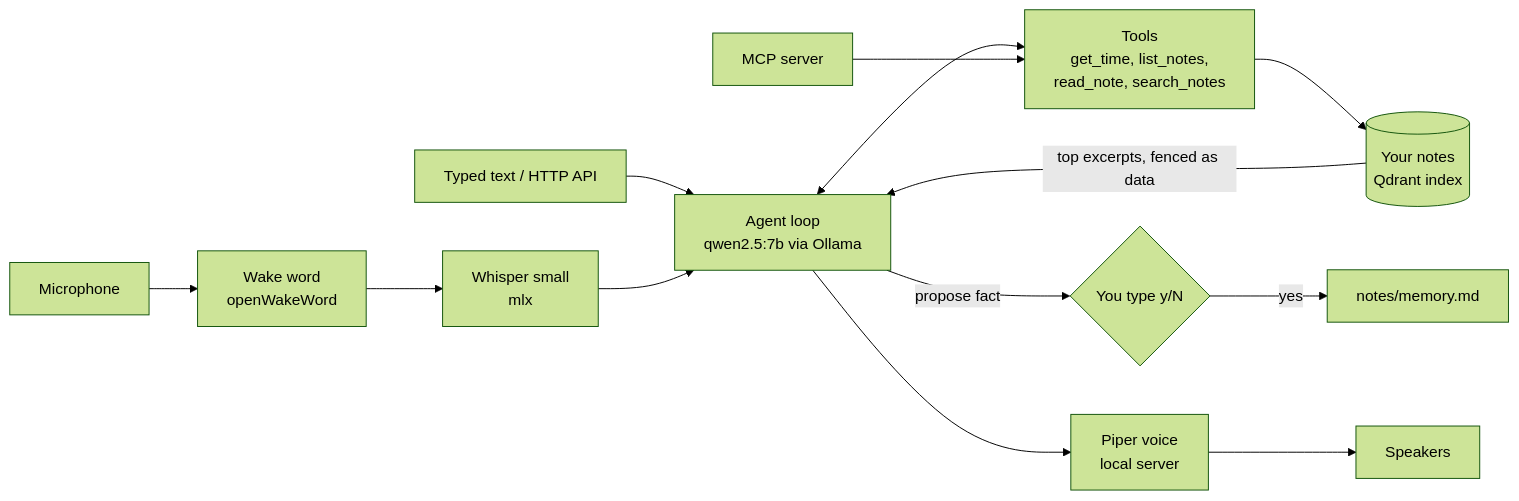
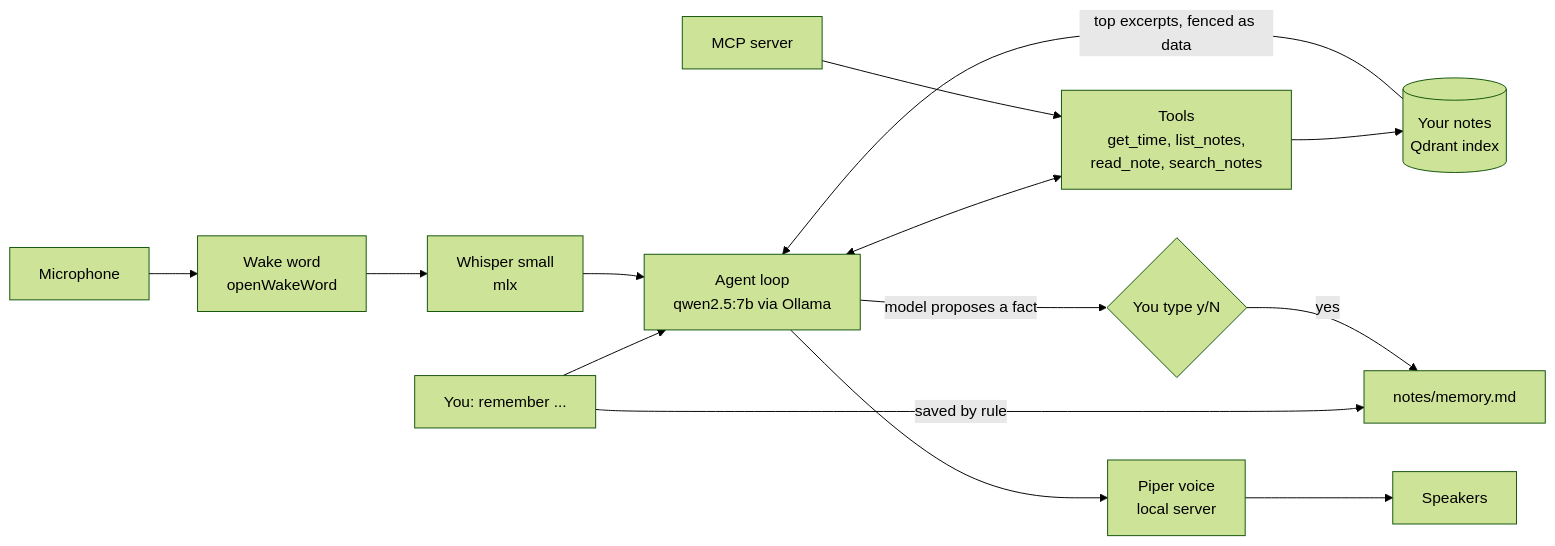
One commit to Rabbitshah/Jarvis changed the diagram in README.md. Above: the diagram before and after it, drawn with Mermaid (forest theme). The commit also changed other lines of this file and 25 other files, not shown here.

First line of the commit message:
Web chat page, direct save for typed 'remember', docs updated

````diff
--- a/README.md
+++ b/README.md
@@ -22,15 +22,16 @@
 ```mermaid
 flowchart LR
     Mic[Microphone] --> Wake[Wake word<br/>openWakeWord]
     Wake --> STT[Whisper small<br/>mlx]
     Typed[Typed text / HTTP API] --> Agent
     STT --> Agent[Agent loop<br/>qwen2.5:7b via Ollama]
     Agent <--> Tools[Tools<br/>get_time, list_notes,<br/>read_note, search_notes]
     Notes[(Your notes<br/>Qdrant index)] -->|top excerpts, fenced as data| Agent
     Tools --> Notes
-    Agent -->|propose fact| Confirm{You type y/N}
+    Typed["You: remember ..."] -->|saved by rule| Mem
+    Agent -->|model proposes a fact| Confirm{You type y/N}
     Confirm -->|yes| Mem[notes/memory.md]
     Agent --> TTS[Piper voice<br/>local server]
     TTS --> Spk[Speakers]
     MCP[MCP server] --> Tools
 ```
````
